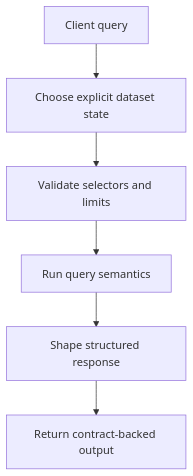
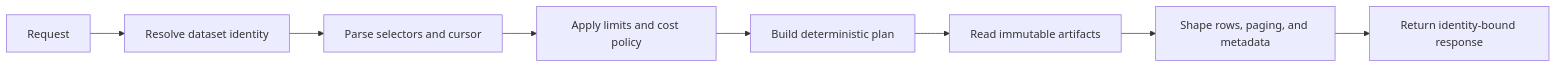
One commit to bijux/bijux-atlas changed the diagram in docs/bijux-atlas/foundations/query-model.md. Above: the diagram before and after it, drawn with Mermaid. The commit also changed other lines of this file and 2 other files, not shown here.

Commit message:
docs(foundations): define dataset query and system boundaries

````diff
--- a/docs/bijux-atlas/foundations/query-model.md
+++ b/docs/bijux-atlas/foundations/query-model.md
@@ -20,8 +18,10 @@
 ```mermaid
-flowchart TD
-    Client[Client query] --> Dataset[Choose explicit dataset state]
-    Dataset --> Validate[Validate selectors and limits]
-    Validate --> Execute[Run query semantics]
-    Execute --> Shape[Shape structured response]
-    Shape --> Return[Return contract-backed output]
+flowchart LR
+    Request[Request] --> Resolve[Resolve dataset identity]
+    Resolve --> Parse[Parse selectors and cursor]
+    Parse --> Admit[Apply limits and cost policy]
+    Admit --> Plan[Build deterministic plan]
+    Plan --> Execute[Read immutable artifacts]
+    Execute --> Shape[Shape rows, paging, and metadata]
+    Shape --> Response[Return identity-bound response]
 ```
````
